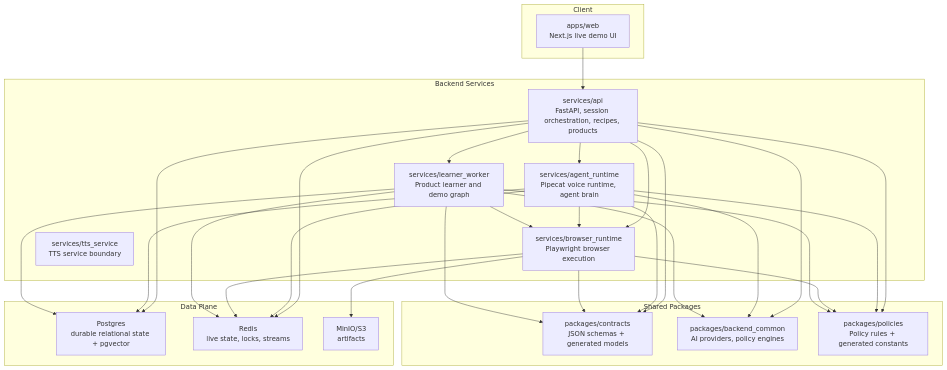
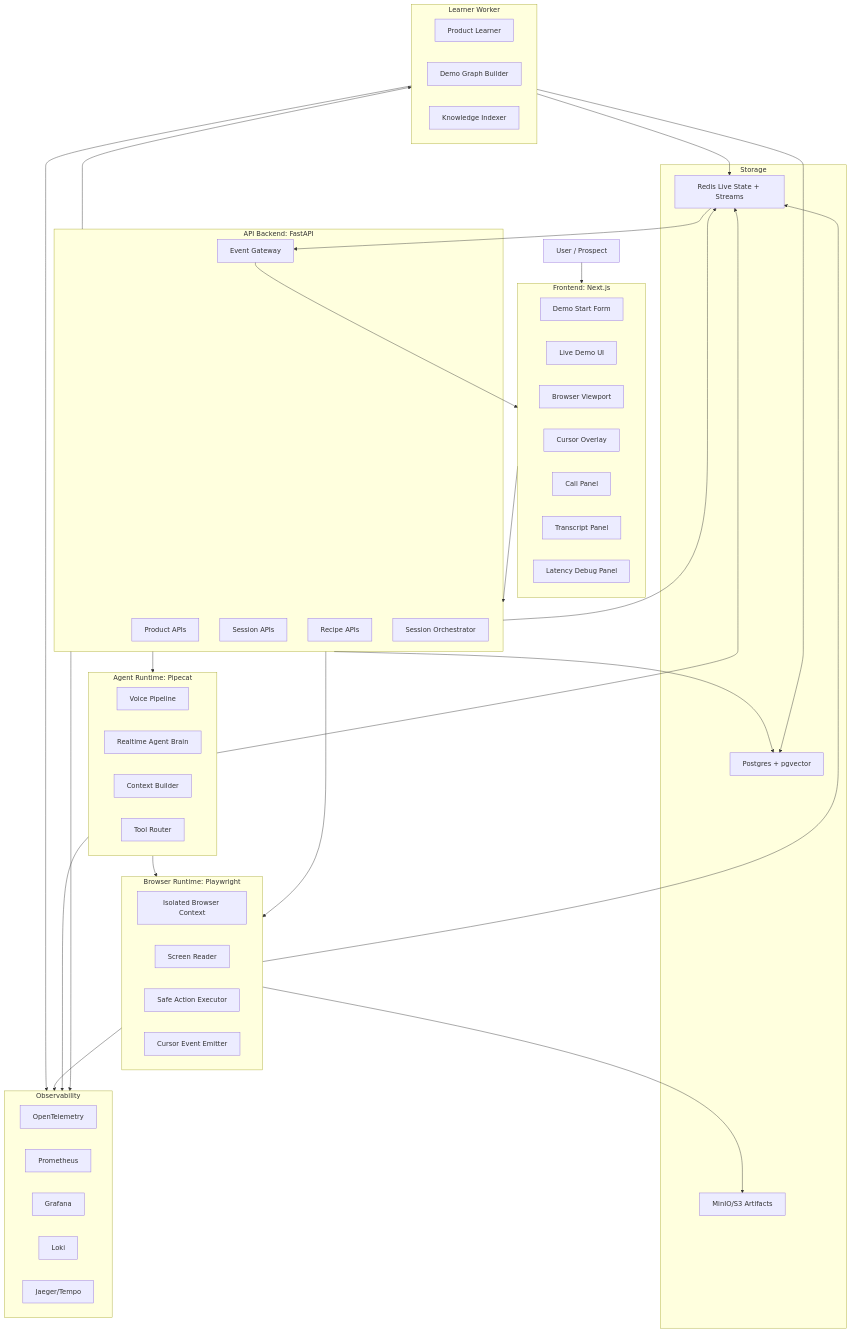
Before and after one commit to roshaninfordham/personalised-demo-ai-agent: the first of 9 diagrams in docs/architecture/system-design.md, drawn with Mermaid. The commit also changed other lines of this file and 61 other files, not shown here.

````diff
--- a/docs/architecture/system-design.md
+++ b/docs/architecture/system-design.md
@@ -7,52 +7,76 @@
 ```mermaid
 flowchart TB
-    subgraph Client["Client"]
-        Web["apps/web<br/>Next.js live demo UI"]
+    User["User / Prospect"]
+
+    subgraph Frontend["Frontend: Next.js"]
+        DemoForm["Demo Start Form"]
+        LiveUI["Live Demo UI"]
+        BrowserViewport["Browser Viewport"]
+        CursorOverlay["Cursor Overlay"]
+        CallPanel["Call Panel"]
+        TranscriptPanel["Transcript Panel"]
+        DebugPanel["Latency Debug Panel"]
     end
 
-    subgraph Backend["Backend Services"]
-        API["services/api<br/>FastAPI, session orchestration, recipes, products"]
-        Agent["services/agent_runtime<br/>Pipecat voice runtime, agent brain"]
-        Browser["services/browser_runtime<br/>Playwright browser execution"]
-        Learner["services/learner_worker<br/>Product learner and demo graph"]
-        TTS["services/tts_service<br/>TTS service boundary"]
+    subgraph API["API Backend: FastAPI"]
+        ProductAPI["Product APIs"]
+        SessionAPI["Session APIs"]
+        RecipeAPI["Recipe APIs"]
+        Orchestrator["Session Orchestrator"]
+        EventGateway["Event Gateway"]
     end
 
-    subgraph Shared["Shared Packages"]
-        Contracts["packages/contracts<br/>JSON schemas + generated models"]
-        BackendCommon["packages/backend_common<br/>AI providers, policy engines"]
-        Policies["packages/policies<br/>Policy rules + generated constants"]
+    subgraph Agent["Agent Runtime: Pipecat"]
+        VoicePipeline["Voice Pipeline"]
+        AgentBrain["Realtime Agent Brain"]
+        ContextBuilder["Context Builder"]
+        ToolRouter["Tool Router"]
     end
 
-    subgraph Data["Data Plane"]
-        Postgres["Postgres<br/>durable relational state + pgvector"]
-        Redis["Redis<br/>live state, locks, streams"]
-        ObjectStore["MinIO/S3<br/>artifacts"]
+    subgraph Browser["Browser Runtime: Playwright"]
+        BrowserSession["Isolated Browser Context"]
+        ScreenReader["Screen Reader"]
+        ActionExecutor["Safe Action Executor"]
+        CursorEvents["Cursor Event Emitter"]
     end
 
-    Web --> API
+    subgraph Learner["Learner Worker"]
+        ProductLearner["Product Learner"]
+        DemoGraph["Demo Graph Builder"]
+        KnowledgeIndexer["Knowledge Indexer"]
+    end
+
+    subgraph Storage["Storage"]
+        Postgres["Postgres + pgvector"]
+        Redis["Redis Live State + Streams"]
+        ObjectStore["MinIO/S3 Artifacts"]
+    end
+
+    subgraph Observability["Observability"]
+        OTel["OpenTelemetry"]
+        Prometheus["Prometheus"]
+        Grafana["Grafana"]
+        Loki["Loki"]
+        Jaeger["Jaeger/Tempo"]
+    end
+
+    User --> Frontend
+    Frontend --> API
     API --> Agent
     API --> Browser
     API --> Learner
     Agent --> Browser
-    Learner --> Browser
-    API --> Redis
     Agent --> Redis
     Browser --> Redis
+    Browser --> ObjectStore
+    Learner --> Postgres
     Learner --> Redis
     API --> Postgres
-    Agent --> Postgres
-    Learner --> Postgres
-    Browser --> ObjectStore
-    API --> Contracts
-    Agent --> Contracts
-    Browser --> Contracts
-    Learner --> Contracts
-    API --> BackendCommon
-    Agent --> BackendCommon
-    Learner --> BackendCommon
-    API --> Policies
-    Agent --> Policies
-    Browser --> Policies
-    Learner --> Policies
+    API --> Redis
+    Redis --> EventGateway
+    EventGateway --> Frontend
+    API --> Observability
+    Agent --> Observability
+    Browser --> Observability
+    Learner --> Observability
 ```
````
